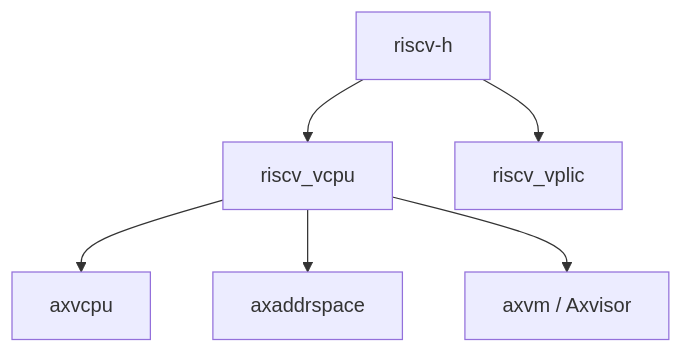
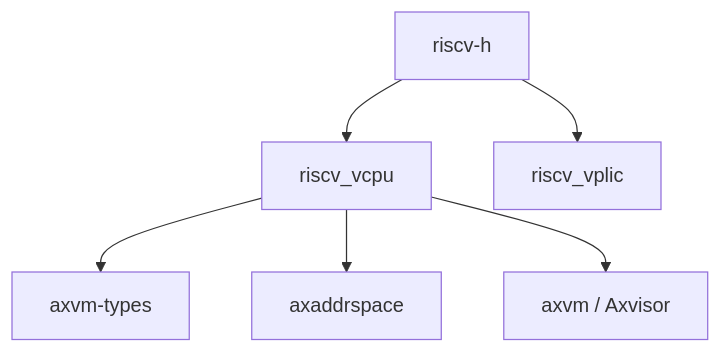
One commit to rcore-os/tgoskits changed the diagram in docs/docs/components/crates/riscv-h.md. Above: the diagram before and after it, drawn with Mermaid. The commit also changed 79 other files, not shown here.

````diff
--- a/docs/docs/components/crates/riscv-h.md
+++ b/docs/docs/components/crates/riscv-h.md
@@ -173,9 +173,9 @@
 ```mermaid
 graph TD
     A[riscv-h]
     A --> B[riscv_vcpu]
     A --> C[riscv_vplic]
-    B --> D[axvcpu]
+    B --> D[axvm-types]
     B --> E[axaddrspace]
     B --> F[axvm / Axvisor]
 ```
````
